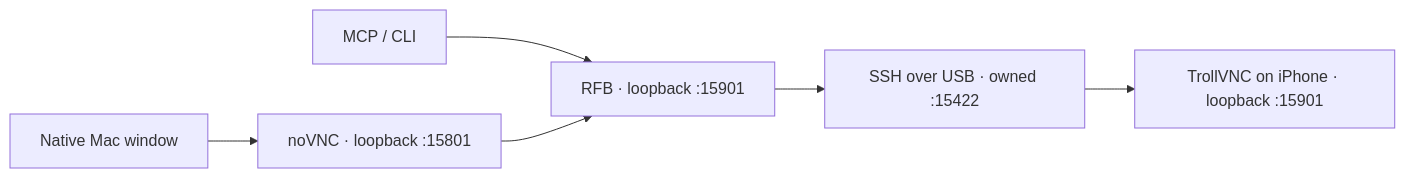
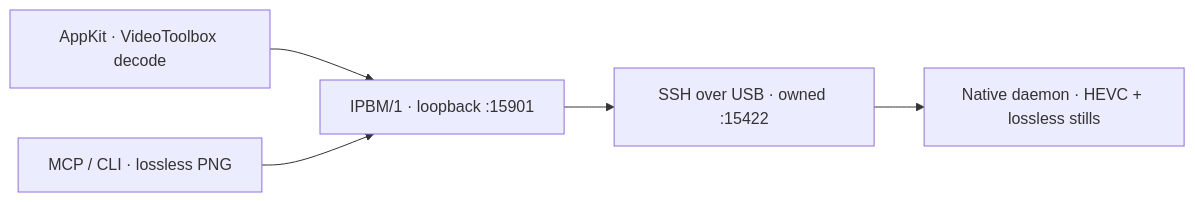
One commit to net-snix/iPhoneBridge changed the diagram in README.md. Above: the diagram before and after it, drawn with Mermaid. The commit also changed other lines of this file and 197 other files, not shown here.

Commit message:
refactor: replace USB mirror with native HEVC pipeline

````diff
--- a/README.md
+++ b/README.md
@@ -72,8 +72,7 @@
 ```mermaid
 flowchart LR
-    App[Native Mac window] --> Viewer[noVNC · loopback :15801]
-    Agent[MCP / CLI] --> RFB[RFB · loopback :15901]
-    Viewer --> RFB
-    RFB --> SSH[SSH over USB · owned :15422]
-    SSH --> Phone[TrollVNC on iPhone · loopback :15901]
+    App[AppKit · VideoToolbox decode] --> Protocol[IPBM/1 · loopback :15901]
+    Agent[MCP / CLI · lossless PNG] --> Protocol
+    Protocol --> SSH[SSH over USB · owned :15422]
+    SSH --> Phone[Native daemon · HEVC + lossless stills]
 ```
````
